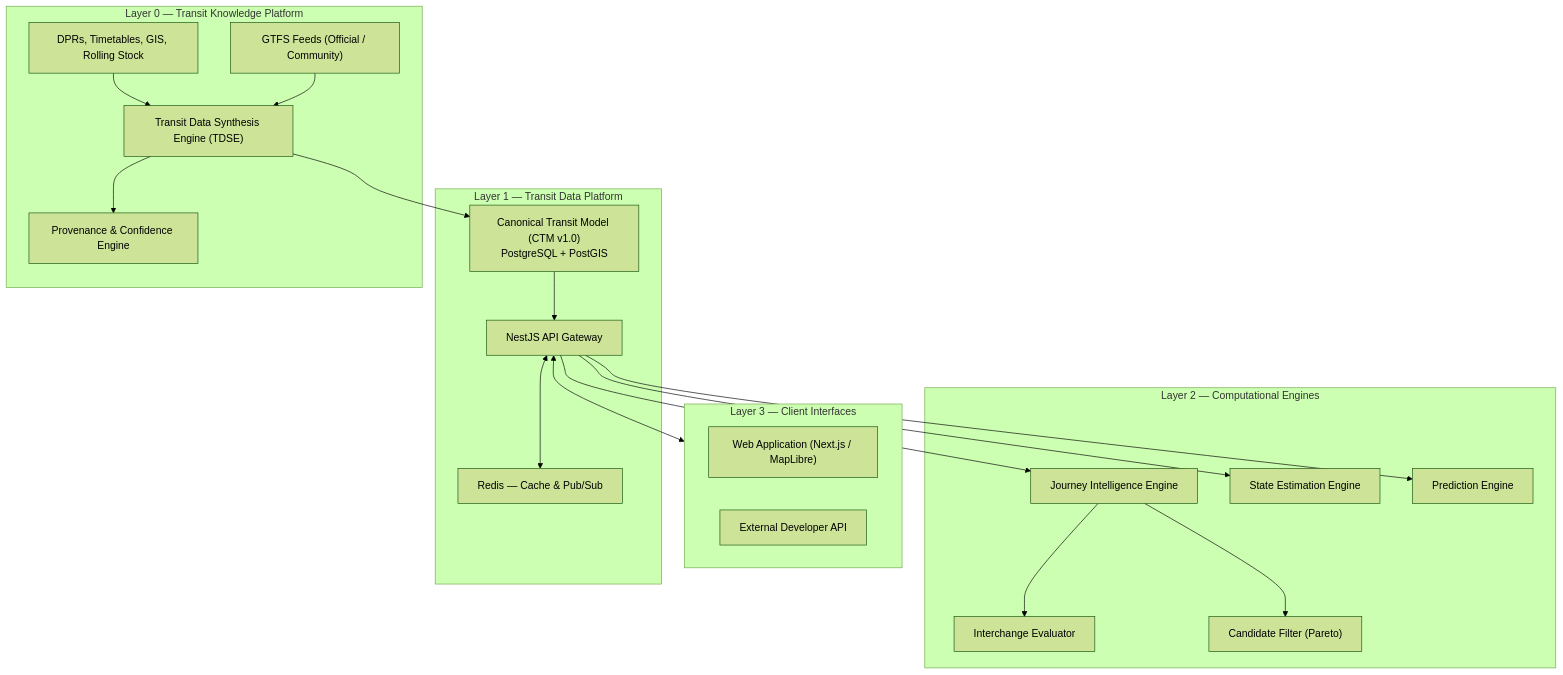
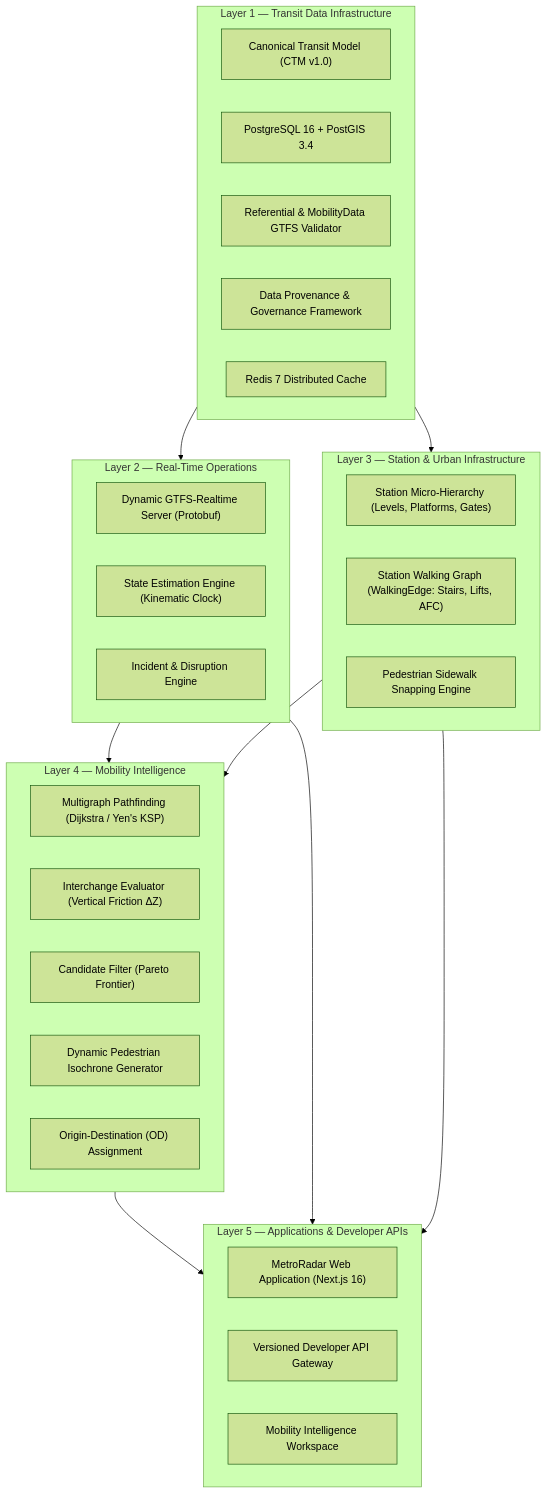
Before and after one commit to Gautam2665/MetroRadar: the first of 3 diagrams in ARCHITECTURE.md, drawn with Mermaid (forest theme). The commit also changed other lines of this file and 97 other files, not shown here.

````diff
--- a/ARCHITECTURE.md
+++ b/ARCHITECTURE.md
@@ -33,41 +11,42 @@
 ```mermaid
 graph TD
-    subgraph L3["Layer 3 — Client Interfaces"]
-        Web["Web Application (Next.js / MapLibre)"]
-        API_ext["External Developer API"]
+    subgraph Layer5["Layer 5 — Applications & Developer APIs"]
+        App["MetroRadar Web Application (Next.js 16)"]
+        API_ext["Versioned Developer API Gateway"]
+        AnalyticsUI["Mobility Intelligence Workspace"]
     end
 
-    subgraph L2["Layer 2 — Computational Engines"]
-        JE["Journey Intelligence Engine"]
-        SEE["State Estimation Engine"]
-        PE["Prediction Engine"]
-        ICX["Interchange Evaluator"]
-        CF["Candidate Filter (Pareto)"]
+    subgraph Layer4["Layer 4 — Mobility Intelligence"]
+        Router["Multigraph Pathfinding (Dijkstra / Yen's KSP)"]
+        ICX["Interchange Evaluator (Vertical Friction ΔZ)"]
+        CF["Candidate Filter (Pareto Frontier)"]
+        Isochrone["Dynamic Pedestrian Isochrone Generator"]
+        OD["Origin-Destination (OD) Assignment"]
     end
 
-    subgraph L1["Layer 1 — Transit Data Platform"]
-        CTM["Canonical Transit Model (CTM v1.0)\nPostgreSQL + PostGIS"]
-        Redis["Redis — Cache & Pub/Sub"]
-        Gateway["NestJS API Gateway"]
+    subgraph Layer3["Layer 3 — Station & Urban Infrastructure"]
+        CTM_Station["Station Micro-Hierarchy (Levels, Platforms, Gates)"]
+        PedGraph["Station Walking Graph (WalkingEdge: Stairs, Lifts, AFC)"]
+        Snapping["Pedestrian Sidewalk Snapping Engine"]
     end
 
-    subgraph L0["Layer 0 — Transit Knowledge Platform"]
-        TDSE["Transit Data Synthesis Engine (TDSE)"]
-        GTFS_in["GTFS Feeds (Official / Community)"]
-        DPR["DPRs, Timetables, GIS, Rolling Stock"]
-        Provenance["Provenance & Confidence Engine"]
+    subgraph Layer2["Layer 2 — Real-Time Operations"]
+        RT_Engine["Dynamic GTFS-Realtime Server (Protobuf)"]
+        SEE["State Estimation Engine (Kinematic Clock)"]
+        Alerts["Incident & Disruption Engine"]
     end
 
-    DPR --> TDSE
-    GTFS_in --> TDSE
-    TDSE --> Provenance
-    TDSE --> CTM
-    CTM --> Gateway
-    Gateway <--> Redis
-    Gateway --> JE
-    Gateway --> SEE
-    Gateway --> PE
-    JE --> ICX
-    JE --> CF
-    Gateway <--> L3
+    subgraph Layer1["Layer 1 — Transit Data Infrastructure"]
+        CTM["Canonical Transit Model (CTM v1.0)"]
+        SpatialDB["PostgreSQL 16 + PostGIS 3.4"]
+        Validator["Referential & MobilityData GTFS Validator"]
+        Provenance["Data Provenance & Governance Framework"]
+        Redis["Redis 7 Distributed Cache"]
+    end
+
+    Layer1 --> Layer2
+    Layer1 --> Layer3
+    Layer2 & Layer3 --> Layer4
+    Layer4 --> Layer5
+    Layer2 & Layer3 --> Layer5
 ```
````
